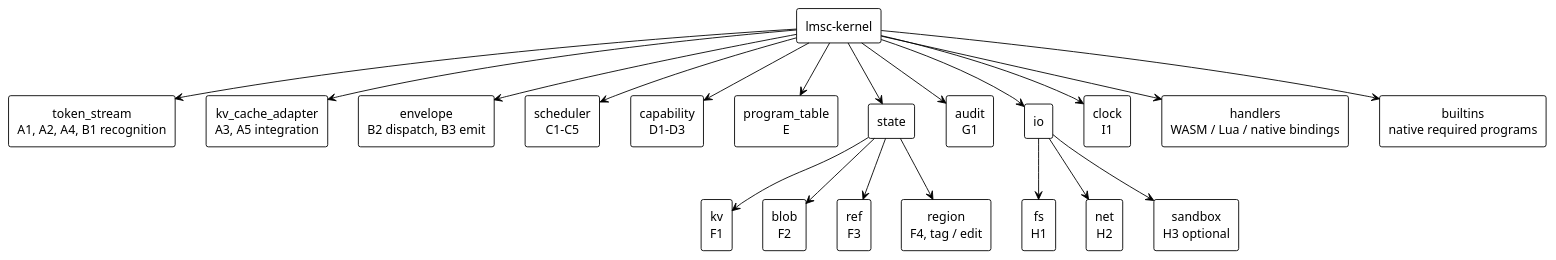
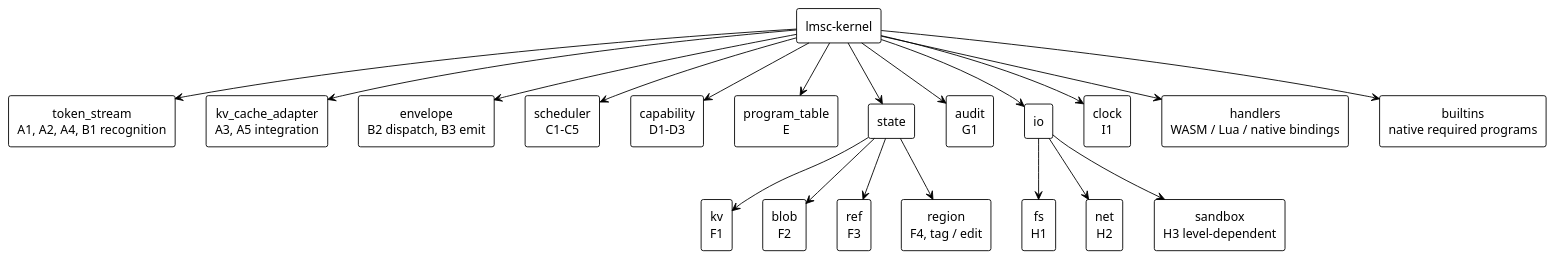
One commit to dianzinao/lmsc-kernel-spec changed the fifth of 5 diagrams in LMSC-KERNEL-SPEC-DRAFT-01-EN.md. Above: the diagram before and after it, drawn with PlantUML. The commit also changed other lines of this file and 2 other files, not shown here.

````diff
--- a/LMSC-KERNEL-SPEC-DRAFT-01-EN.md
+++ b/LMSC-KERNEL-SPEC-DRAFT-01-EN.md
@@ -2840,51 +2853,51 @@
 ```plantuml
 @startuml
 !theme plain
 skinparam defaultTextAlignment center
 skinparam shadowing false
 skinparam RectangleBackgroundColor white
 skinparam RectangleBorderColor black
 skinparam ArrowColor black
 
 rectangle "lmsc-kernel" as root
 rectangle "token_stream\nA1, A2, A4, B1 recognition" as token_stream
 rectangle "kv_cache_adapter\nA3, A5 integration" as kv_cache_adapter
 rectangle "envelope\nB2 dispatch, B3 emit" as envelope
 rectangle "scheduler\nC1-C5" as scheduler
 rectangle "capability\nD1-D3" as capability
 rectangle "program_table\nE" as program_table
 rectangle "state" as state
 rectangle "kv\nF1" as kv
 rectangle "blob\nF2" as blob
 rectangle "ref\nF3" as ref
 rectangle "region\nF4, tag / edit" as region
 rectangle "audit\nG1" as audit
 rectangle "io" as io
 rectangle "fs\nH1" as fs
 rectangle "net\nH2" as net
-rectangle "sandbox\nH3 optional" as sandbox
+rectangle "sandbox\nH3 level-dependent" as sandbox
 rectangle "clock\nI1" as clock
 rectangle "handlers\nWASM / Lua / native bindings" as handlers
 rectangle "builtins\nnative required programs" as builtins
 
 root --> token_stream
 root --> kv_cache_adapter
 root --> envelope
 root --> scheduler
 root --> capability
 root --> program_table
 root --> state
 state --> kv
 state --> blob
 state --> ref
 state --> region
 root --> audit
 root --> io
 io --> fs
 io --> net
 io --> sandbox
 root --> clock
 root --> handlers
 root --> builtins
 @enduml
 ```
````
